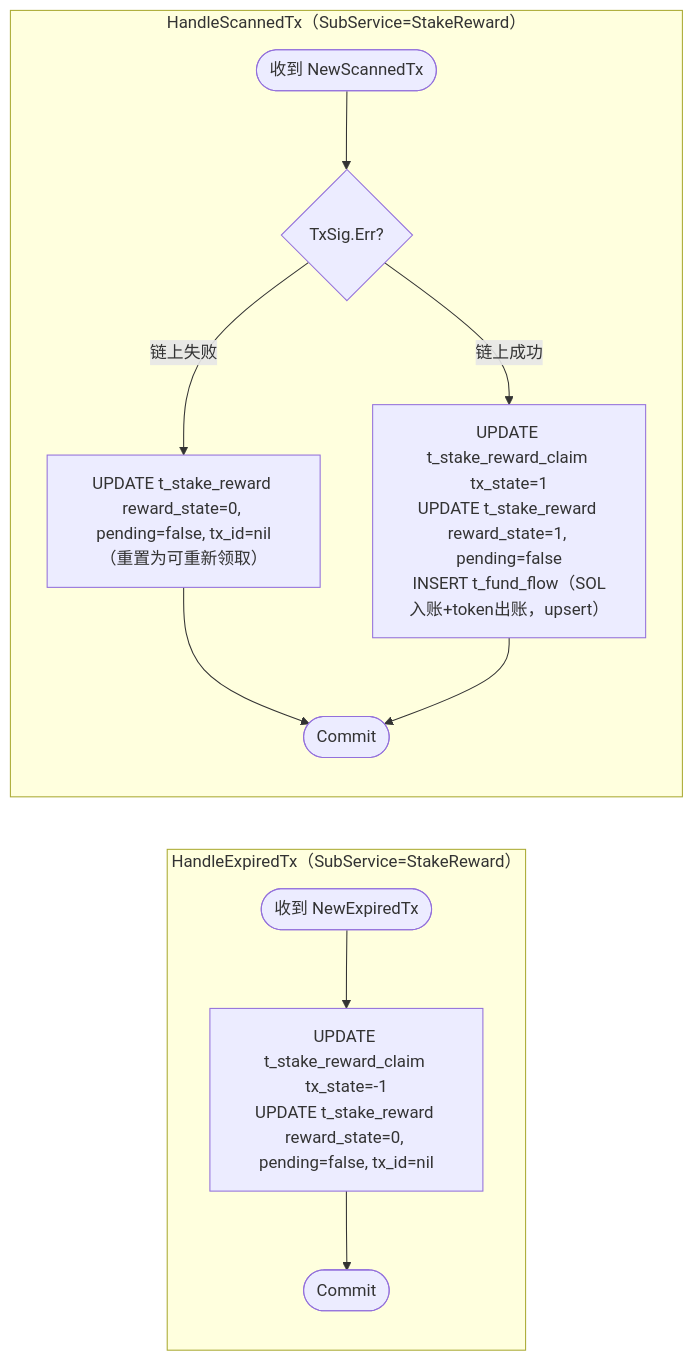
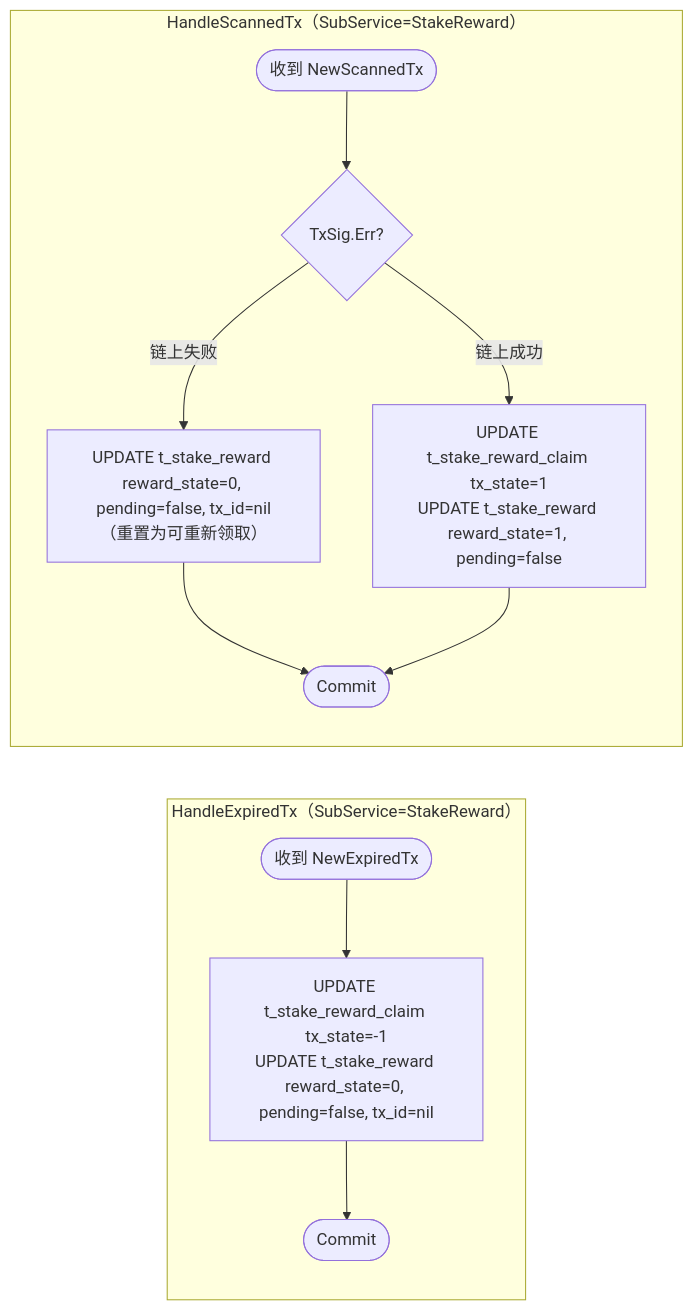
The eighth of 8 diagrams in docs/v1/pos_stake_reward.md (BillInUK/oshit-go), drawn with Mermaid before and after one commit. The commit also changed other lines of this file and 20 other files, not shown here.

````diff
--- a/docs/v1/pos_stake_reward.md
+++ b/docs/v1/pos_stake_reward.md
@@ -361,19 +360,19 @@
 ```mermaid
 flowchart TD
     subgraph S["HandleScannedTx（SubService=StakeReward）"]
         direction TD
         A([收到 NewScannedTx]) --> C{TxSig.Err?}
         C -- 链上失败 --> D["UPDATE t_stake_reward reward_state=0, pending=false, tx_id=nil\n（重置为可重新领取）"]
-        C -- 链上成功 --> E["UPDATE t_stake_reward_claim tx_state=1\nUPDATE t_stake_reward reward_state=1, pending=false\nINSERT t_fund_flow（SOL入账+token出账，upsert）"]
+        C -- 链上成功 --> E["UPDATE t_stake_reward_claim tx_state=1\nUPDATE t_stake_reward reward_state=1, pending=false"]
         D --> F([Commit])
         E --> F
     end
 
     subgraph E2["HandleExpiredTx（SubService=StakeReward）"]
         direction TD
         A2([收到 NewExpiredTx]) --> B2["UPDATE t_stake_reward_claim tx_state=-1\nUPDATE t_stake_reward reward_state=0, pending=false, tx_id=nil"]
         B2 --> C2([Commit])
     end
 
     S ~~~ E2
 ```
````
